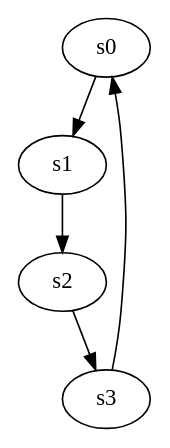
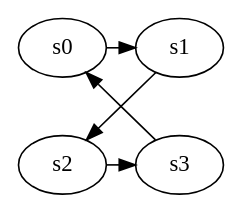
The diagram in src/two-phase-inverter-states.dot (ghsalazar/cem-arduino), drawn with Graphviz before and after one commit. The commit also changed 5 other files, not shown here.

```diff
--- a/src/two-phase-inverter-states.dot
+++ b/src/two-phase-inverter-states.dot
@@ -1,3 +1,5 @@
 digraph states {
     s0 -> s1 -> s2 -> s3 -> s0;
+    {rank = same; s0; s1}
+    {rank = same; s2; s3}
 }
```
